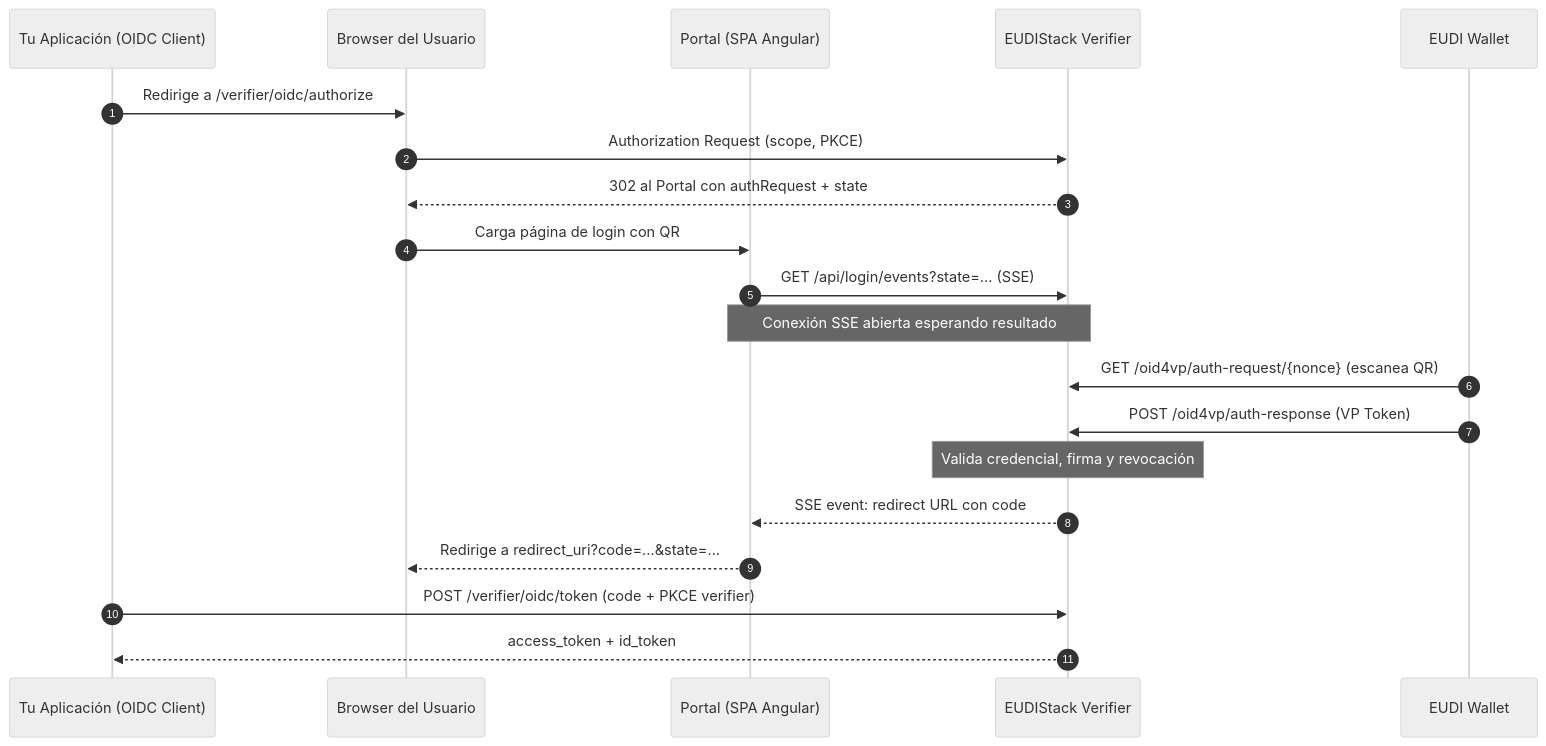
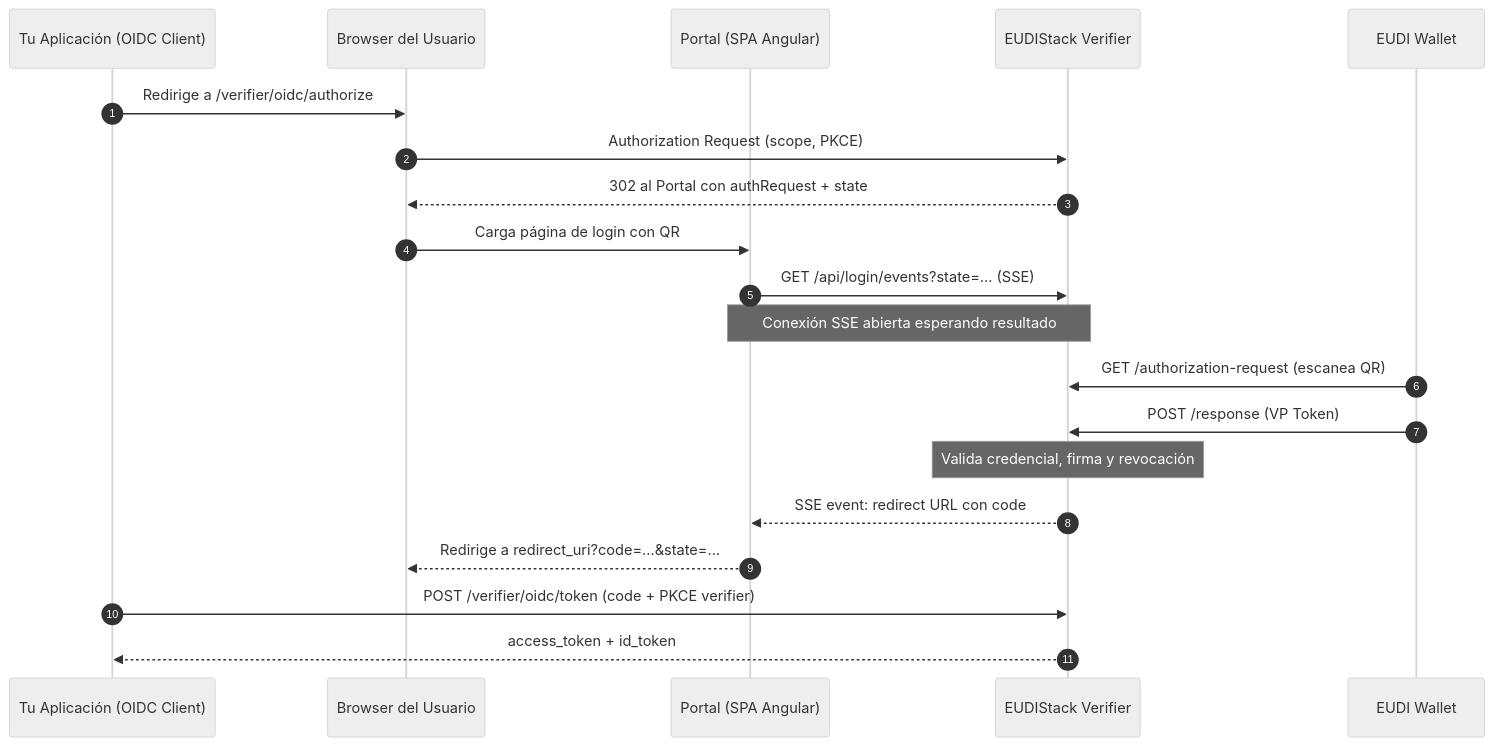
The diagram in docs/developers/guides/oidc-idp.md (in2workspace/eudistack-docs), drawn with Mermaid (neutral theme) before and after one commit.

Commit message:
Potential fix for pull request finding

````diff
--- a/docs/developers/guides/oidc-idp.md
+++ b/docs/developers/guides/oidc-idp.md
@@ -45,27 +45,27 @@
 ```mermaid
 sequenceDiagram
     autonumber
     participant App as Tu Aplicación (OIDC Client)
     participant Browser as Browser del Usuario
     participant Portal as Portal (SPA Angular)
     participant Verifier as EUDIStack Verifier
     participant Wallet as EUDI Wallet
 
     App->>Browser: Redirige a /verifier/oidc/authorize
     Browser->>Verifier: Authorization Request (scope, PKCE)
     Verifier-->>Browser: 302 al Portal con authRequest + state
     Browser->>Portal: Carga página de login con QR
 
     Portal->>Verifier: GET /api/login/events?state=... (SSE)
     Note over Portal,Verifier: Conexión SSE abierta esperando resultado
 
-    Wallet->>Verifier: GET /oid4vp/auth-request/{nonce} (escanea QR)
-    Wallet->>Verifier: POST /oid4vp/auth-response (VP Token)
+    Wallet->>Verifier: GET /authorization-request (escanea QR)
+    Wallet->>Verifier: POST /response (VP Token)
     Note over Verifier: Valida credencial, firma y revocación
 
     Verifier-->>Portal: SSE event: redirect URL con code
     Portal-->>Browser: Redirige a redirect_uri?code=...&state=...
 
     App->>Verifier: POST /verifier/oidc/token (code + PKCE verifier)
     Verifier-->>App: access_token + id_token
 ```
````
